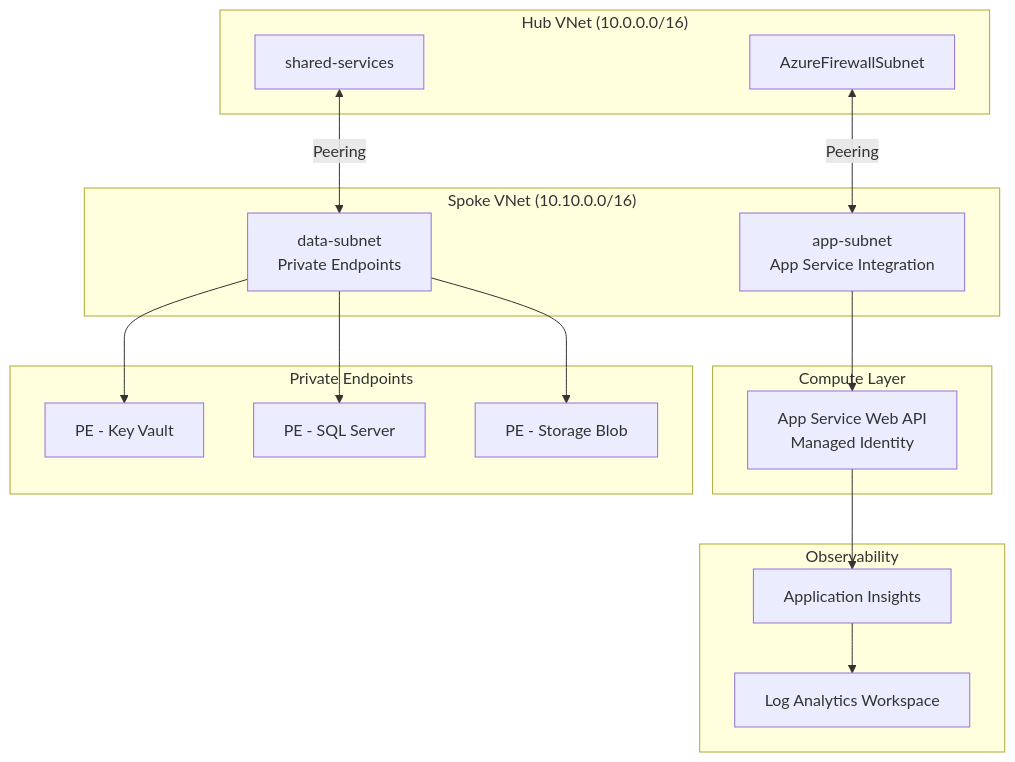
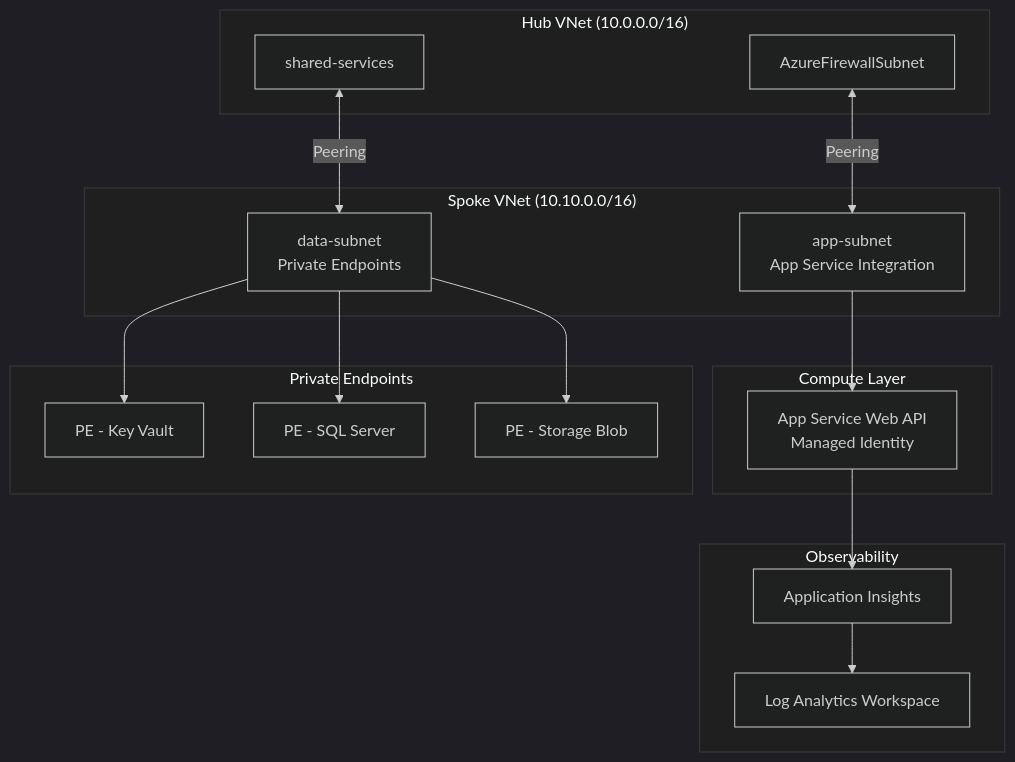
One commit to MalcWarren22/cloud-architect-bicep-templates changed the diagram in diagram.mmd. Above: the diagram before and after it, drawn with Mermaid. The commit also changed 1 other file, not shown here.

Commit message:
Production Grade Architecture Templates

```diff
--- a/diagram.mmd
+++ b/diagram.mmd
@@ -1,37 +1,47 @@
+%%{init: {'theme': 'dark', 'themeVariables': {
+    'primaryColor': '#0078D4',
+    'primaryTextColor': '#ffffff',
+    'primaryBorderColor': '#005A9E',
+    'clusterBkg': '#1f1f1f',
+    'clusterBorder': '#3c3c3c',
+    'lineColor': '#cccccc',
+    'fontFamily': 'Segoe UI'
+}}}%%
+
 flowchart TB
     subgraph HUB["Hub VNet (10.0.0.0/16)"]
         AFW["AzureFirewallSubnet"]
         SS["shared-services"]
     end
 
     subgraph SPOKE["Spoke VNet (10.10.0.0/16)"]
         APP["app-subnet<br/>App Service Integration"]
         DATA["data-subnet<br/>Private Endpoints"]
     end
 
     AFW <-->|Peering| APP
     SS  <-->|Peering| DATA
 
     subgraph Compute["Compute Layer"]
         WEB["App Service Web API<br/>Managed Identity"]
     end
 
     APP --> WEB
 
     subgraph Security["Private Endpoints"]
         PE_KV["PE - Key Vault"]
         PE_SQL["PE - SQL Server"]
         PE_ST["PE - Storage Blob"]
     end
 
     DATA --> PE_KV
     DATA --> PE_SQL
     DATA --> PE_ST
 
     subgraph Observability["Observability"]
         LA["Log Analytics Workspace"]
         AI["Application Insights"]
     end
 
     WEB --> AI
     AI --> LA
```
